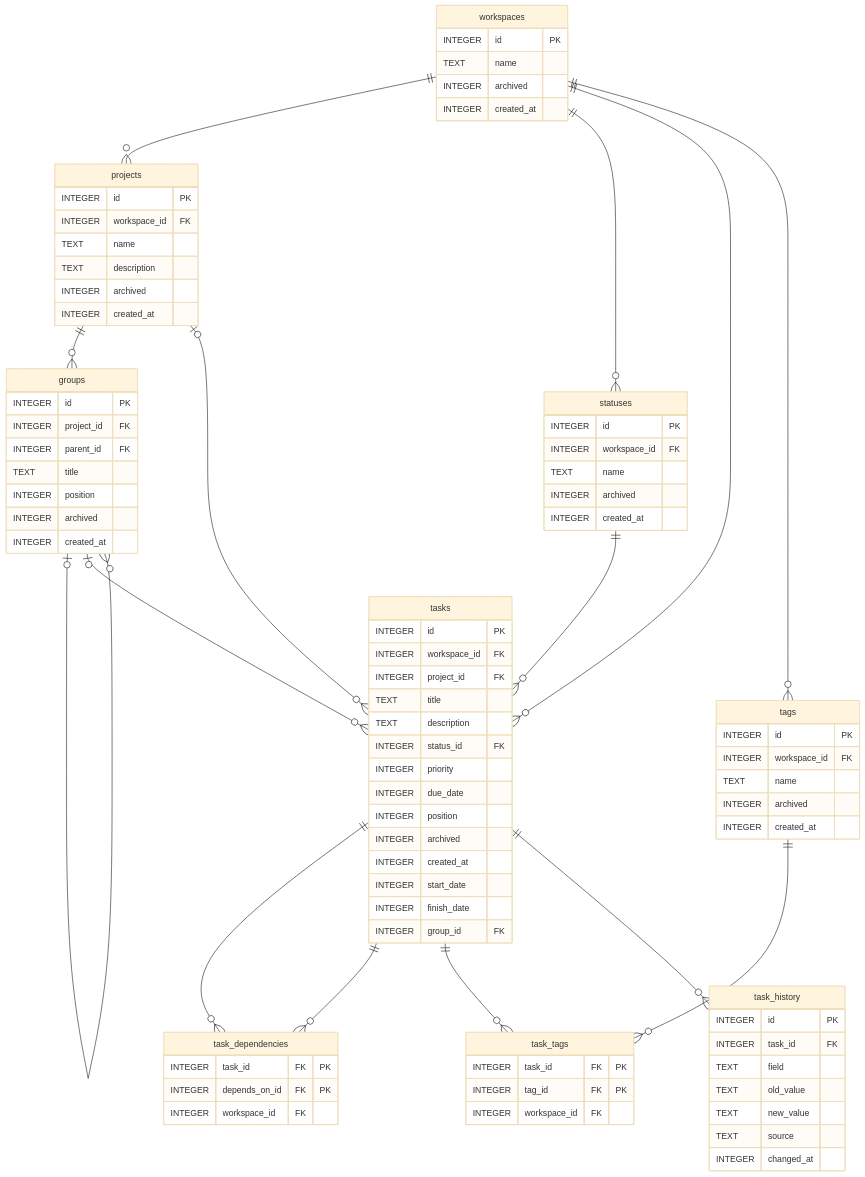
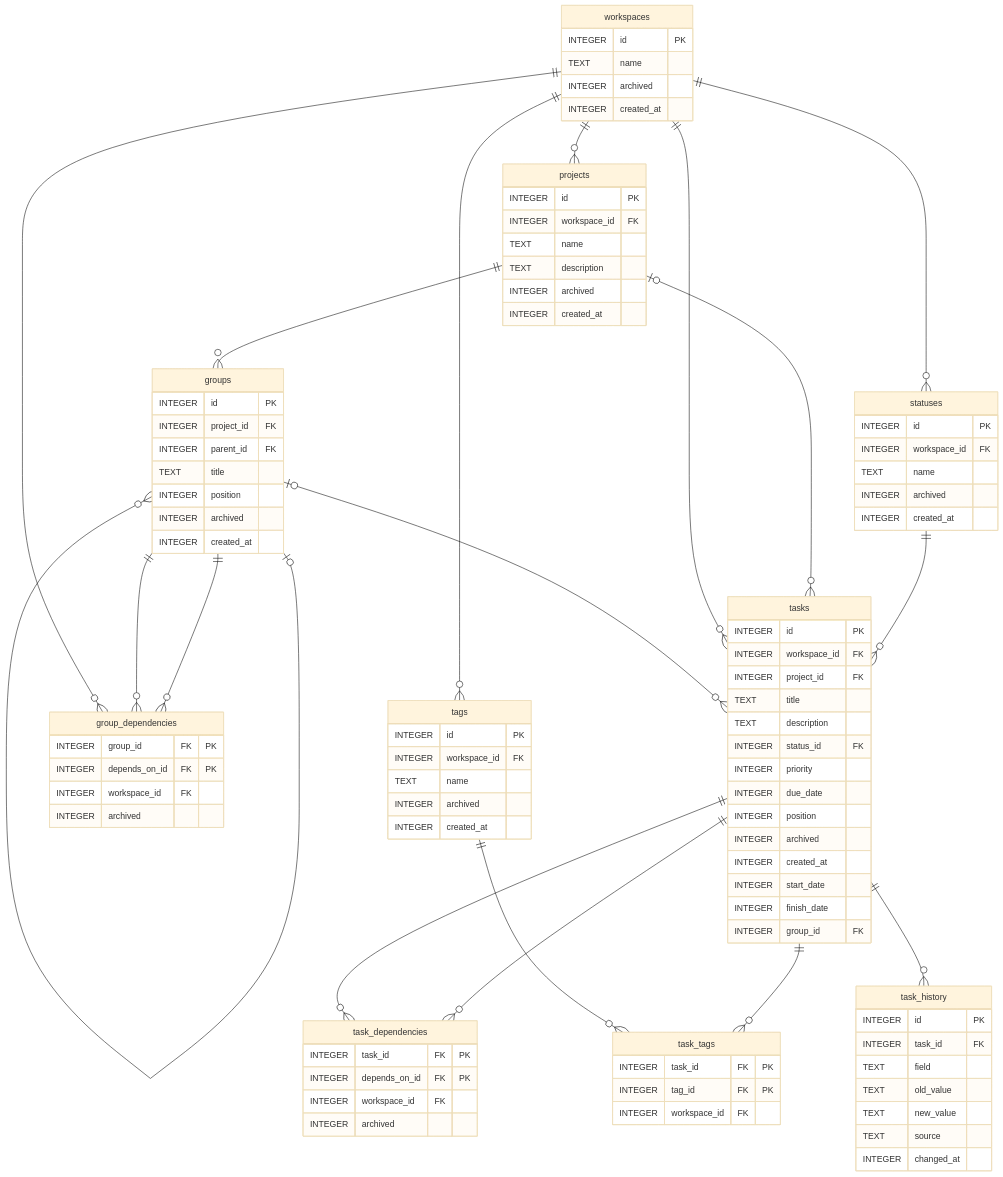
One commit to phansen314/stx changed the diagram in docs/erd.md. Above: the diagram before and after it, drawn with Mermaid (base theme). The commit also changed 19 other files, not shown here.

```diff
--- a/docs/erd.md
+++ b/docs/erd.md
@@ -2,14 +2,17 @@
 erDiagram
     workspaces ||--o{ projects : ""
     workspaces ||--o{ statuses : ""
+    groups |o--o{ groups : ""
     projects ||--o{ groups : ""
-    groups |o--o{ groups : ""
     statuses ||--o{ tasks : ""
     projects |o--o{ tasks : ""
     workspaces ||--o{ tasks : ""
     groups |o--o{ tasks : ""
     tasks ||--o{ task_dependencies : ""
     tasks ||--o{ task_dependencies : ""
+    groups ||--o{ group_dependencies : ""
+    groups ||--o{ group_dependencies : ""
+    workspaces ||--o{ group_dependencies : ""
     workspaces ||--o{ tags : ""
     tasks ||--o{ task_tags : ""
     tags ||--o{ task_tags : ""
@@ -70,6 +73,14 @@
         INTEGER task_id FK "PK"
         INTEGER depends_on_id FK "PK"
         INTEGER workspace_id FK
+        INTEGER archived
+    }
+
+    group_dependencies {
+        INTEGER group_id FK "PK"
+        INTEGER depends_on_id FK "PK"
+        INTEGER workspace_id FK
+        INTEGER archived
     }
 
     tags {
```
